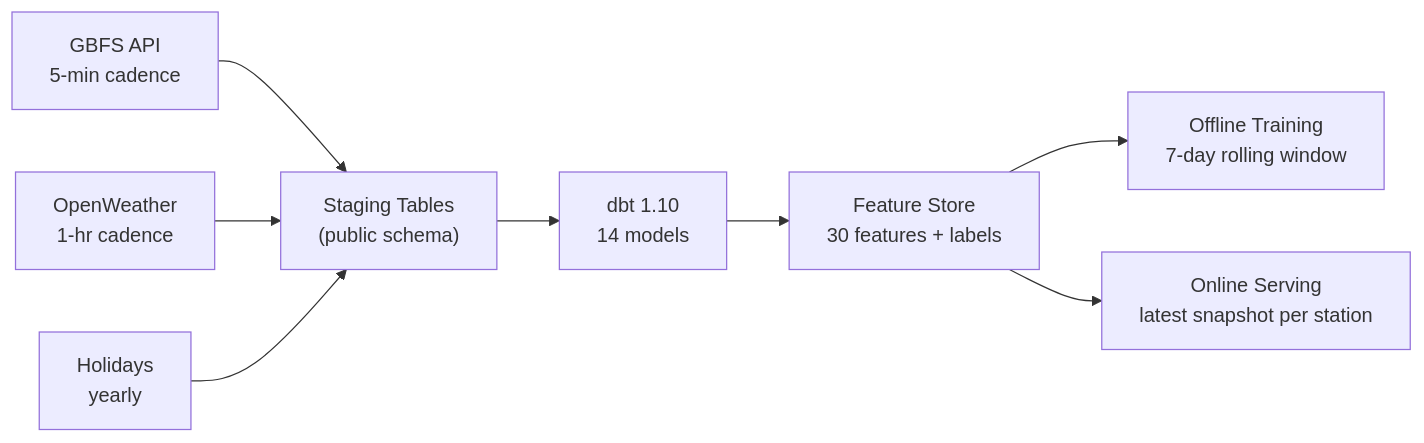
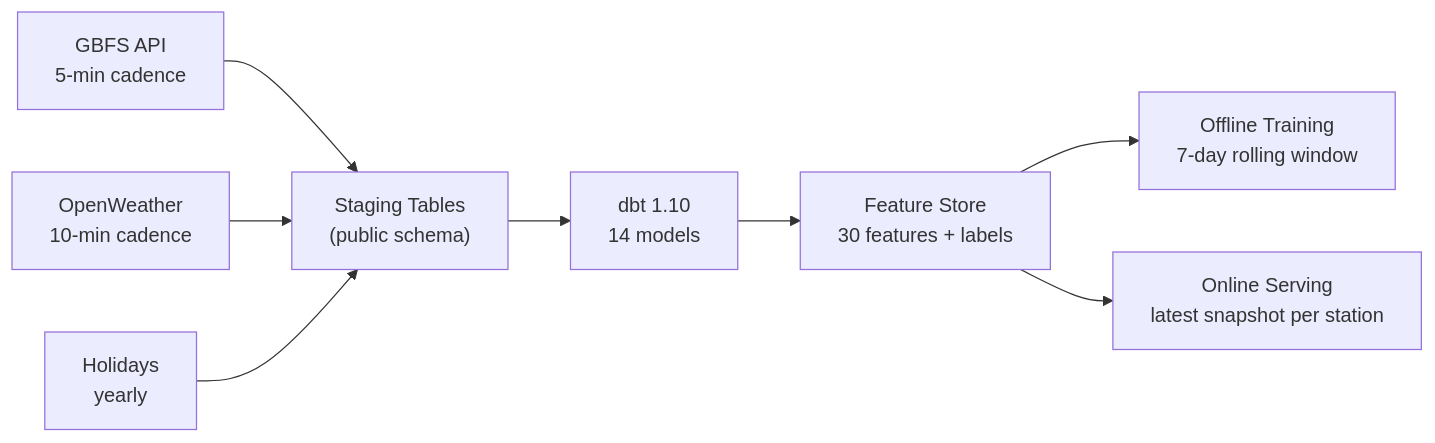
The second of 2 diagrams in DEMO.md (cchoooots98/mlops-bikeshare), drawn with Mermaid before and after one commit. The commit also changed other lines of this file and 2 other files, not shown here.

Commit message:
feat(docs): update OpenWeather API cadence in architecture and demo documentation

````diff
--- a/DEMO.md
+++ b/DEMO.md
@@ -120,9 +120,9 @@
 ```mermaid
 flowchart LR
     GBFS["GBFS API\n5-min cadence"] --> STG["Staging Tables\n(public schema)"]
-    Weather["OpenWeather\n1-hr cadence"] --> STG
+    Weather["OpenWeather\n10-min cadence"] --> STG
     Holidays["Holidays\nyearly"] --> STG
     STG --> dbt["dbt 1.10\n14 models"] --> FS["Feature Store\n30 features + labels"]
     FS --> Offline["Offline Training\n7-day rolling window"]
     FS --> Online["Online Serving\nlatest snapshot per station"]
 ```
````
